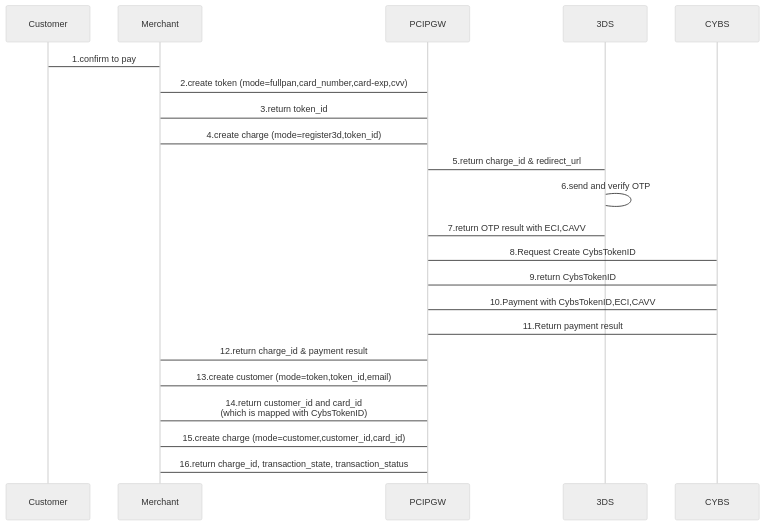
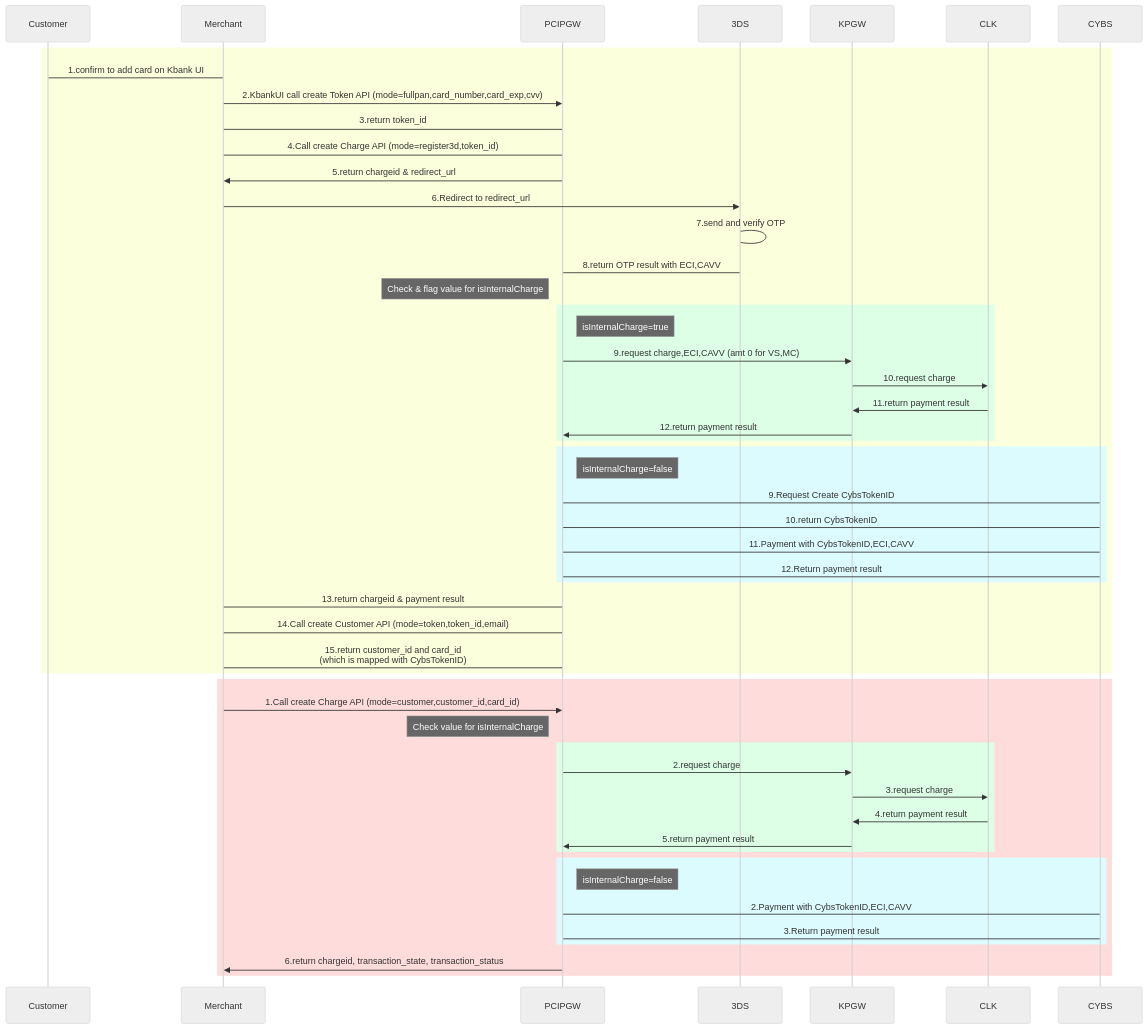
The fourth of 6 diagrams in Cybs-Ph2-Flow1.md (yuusuke25/MyNotes), drawn with Mermaid (neutral theme) before and after one commit. The commit also changed other lines of this file, not shown here.

````diff
--- a/Cybs-Ph2-Flow1.md
+++ b/Cybs-Ph2-Flow1.md
@@ -90,21 +110,53 @@
 ```mermaid
     sequenceDiagram
-        Customer->Merchant:1.confirm to pay
-        Merchant->PCIPGW:2.create token (mode=fullpan,card_number,card-exp,cvv)
-        PCIPGW->Merchant:3.return token_id
-        Merchant->PCIPGW:4.create charge (mode=register3d,token_id)
-        PCIPGW->3DS:5.return charge_id & redirect_url
-        3DS->3DS:6.send and verify OTP
-        3DS->PCIPGW:7.return OTP result with ECI,CAVV
-        PCIPGW->CYBS:8.Request Create CybsTokenID
-        CYBS->PCIPGW:9.return CybsTokenID
-        PCIPGW->CYBS:10.Payment with CybsTokenID,ECI,CAVV
-        CYBS->PCIPGW:11.Return payment result
-        PCIPGW->Merchant:12.return charge_id & payment result
+        rect rgb(252, 255, 220)
+            Customer->Merchant:1.confirm to add card on Kbank UI
+            Merchant->>PCIPGW:2.KbankUI call create Token API (mode=fullpan,card_number,card_exp,cvv)
+            PCIPGW->Merchant:3.return token_id
 
-        Merchant->PCIPGW:13.create customer (mode=token,token_id,email)
-        PCIPGW->Merchant:14.return customer_id and card_id <br>(which is mapped with CybsTokenID)
+            Merchant->PCIPGW:4.Call create Charge API (mode=register3d,token_id)
+            PCIPGW->>Merchant:5.return chargeid & redirect_url
 
-        Merchant->PCIPGW:15.create charge (mode=customer,customer_id,card_id)
-        PCIPGW->Merchant:16.return charge_id, transaction_state, transaction_status
+            Merchant->>3DS:6.Redirect to redirect_url
+            3DS->3DS:7.send and verify OTP
+            3DS->PCIPGW:8.return OTP result with ECI,CAVV
+            
+            Note left of PCIPGW: Check & flag value for isInternalCharge
+            rect rgb(220, 255, 229)
+                Note right of PCIPGW: isInternalCharge=true
+                PCIPGW->>KPGW:9.request charge,ECI,CAVV (amt 0 for VS,MC)
+                KPGW->>CLK:10.request charge
+                CLK->>KPGW:11.return payment result
+                KPGW->>PCIPGW:12.return payment result
+            end
+            rect rgb(220, 251, 255)
+                Note right of PCIPGW: isInternalCharge=false
+                PCIPGW->CYBS:9.Request Create CybsTokenID
+                CYBS->PCIPGW:10.return CybsTokenID
+                PCIPGW->CYBS:11.Payment with CybsTokenID,ECI,CAVV
+                CYBS->PCIPGW:12.Return payment result
+            end
+            
+            PCIPGW->Merchant:13.return chargeid & payment result
+
+            Merchant->PCIPGW:14.Call create Customer API (mode=token,token_id,email)
+            PCIPGW->Merchant:15.return customer_id and card_id <br>(which is mapped with CybsTokenID)
+        end
+        
+        rect rgb(255, 220, 220)
+            Merchant->>PCIPGW:1.Call create Charge API (mode=customer,customer_id,card_id)
+            Note left of PCIPGW: Check value for isInternalCharge
+            rect rgb(220, 255, 229)
+                PCIPGW->>KPGW:2.request charge
+                KPGW->>CLK:3.request charge
+                CLK->>KPGW:4.return payment result
+                KPGW->>PCIPGW:5.return payment result
+            end
+            rect rgb(220, 251, 255)
+                Note right of PCIPGW: isInternalCharge=false
+                PCIPGW->CYBS:2.Payment with CybsTokenID,ECI,CAVV
+                CYBS->PCIPGW:3.Return payment result
+            end
+            PCIPGW->>Merchant:6.return chargeid, transaction_state, transaction_status
+        end
 ```
````
